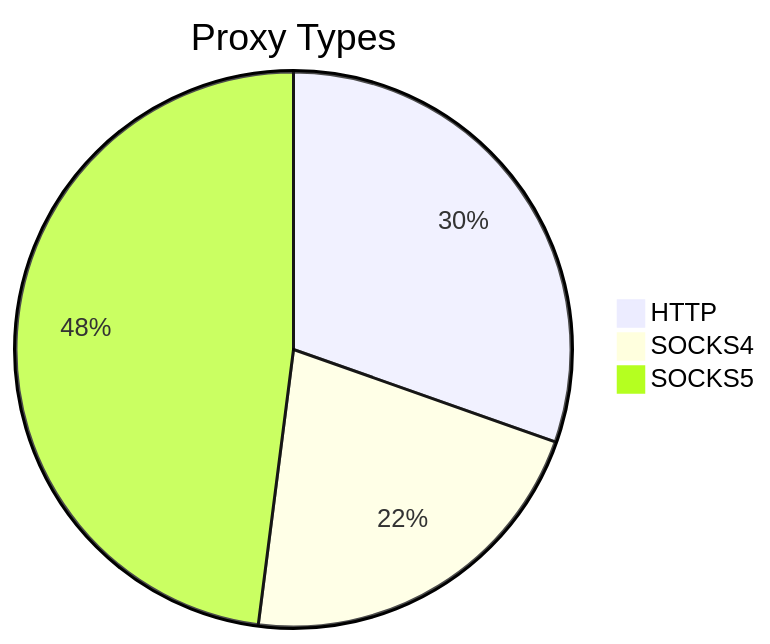
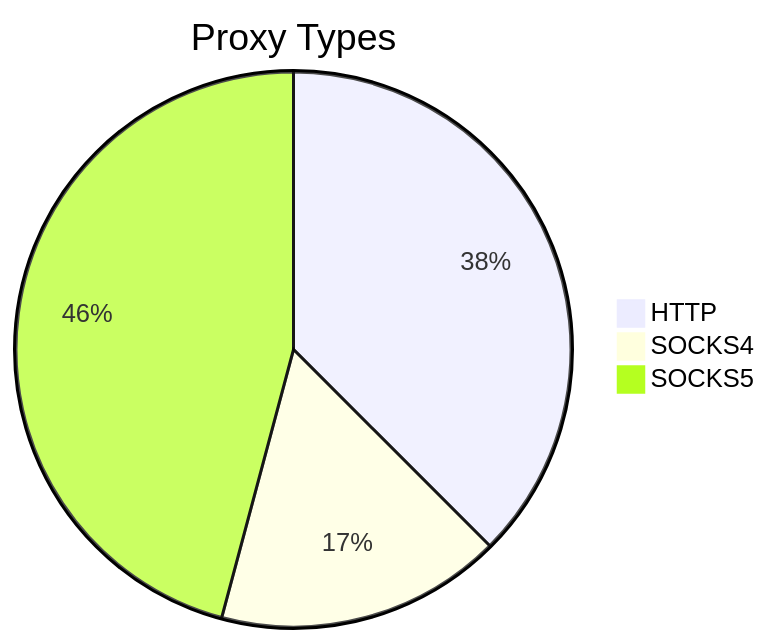
The first of 2 diagrams in README.md (stormsia/proxy-list), drawn with Mermaid before and after one commit. The commit also changed other lines of this file, not shown here.

````diff
--- a/README.md
+++ b/README.md
@@ -21,6 +21,6 @@
 ```mermaid
 pie title Proxy Types
-    "HTTP" : 90
-    "SOCKS4" : 64
-    "SOCKS5" : 142
+    "HTTP" : 81
+    "SOCKS4" : 36
+    "SOCKS5" : 99
 ```
````
